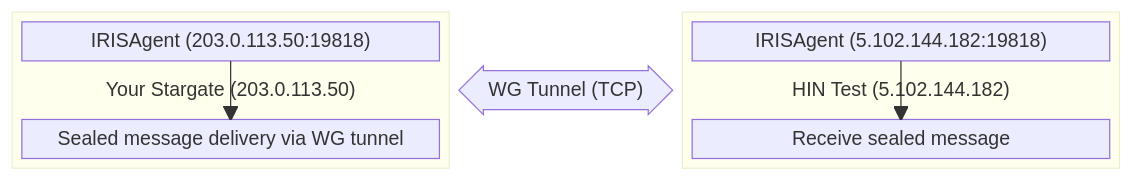
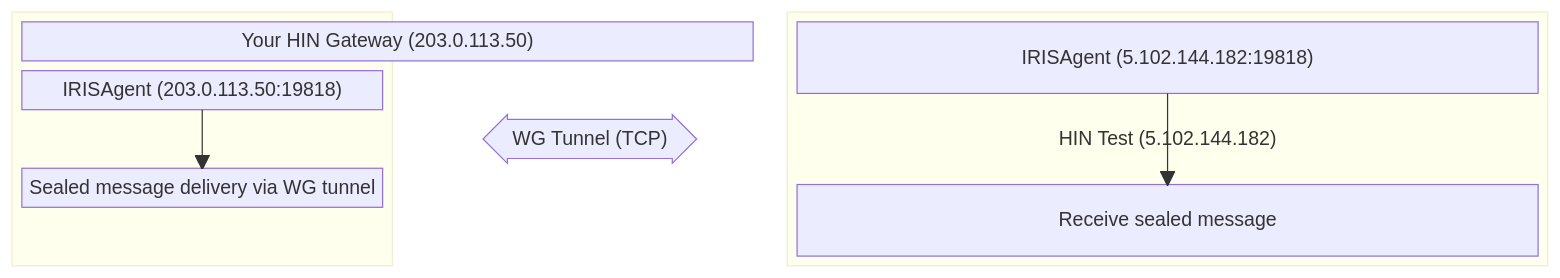
The first of 2 diagrams in docs/en/Docker-advanced.md (Health-Info-Net-AG/Stargate-deployment), drawn with Mermaid before and after one commit. The commit also changed other lines of this file and 64 other files, not shown here.

Commit message:
All "Stargates" replaced with "HIN Gateway", also with `(?<![/\w-])Stargate(?![/\w-])` rule.

````diff
--- a/docs/en/Docker-advanced.md
+++ b/docs/en/Docker-advanced.md
@@ -474,23 +478,23 @@
 ```mermaid
 block
 columns 5
-  block:Stargate["Your Stargate (203.0.113.50)"]:2
+  block:HIN Gateway["Your HIN Gateway (203.0.113.50)"]:2
     columns 1
     A
     space
     A --> B
     A["IRISAgent (203.0.113.50:19818)"]
     B["Sealed message delivery via WG tunnel"]
   end
 
   blockArrowId1<["WG Tunnel (TCP)"]>(x):1
 
   block:mxengine["HIN Test (5.102.144.182)"]:2
     columns 1
     C
     space
     C --> D
     C["IRISAgent (5.102.144.182:19818)"]
     D["Receive sealed message"]
   end
 ```
````
